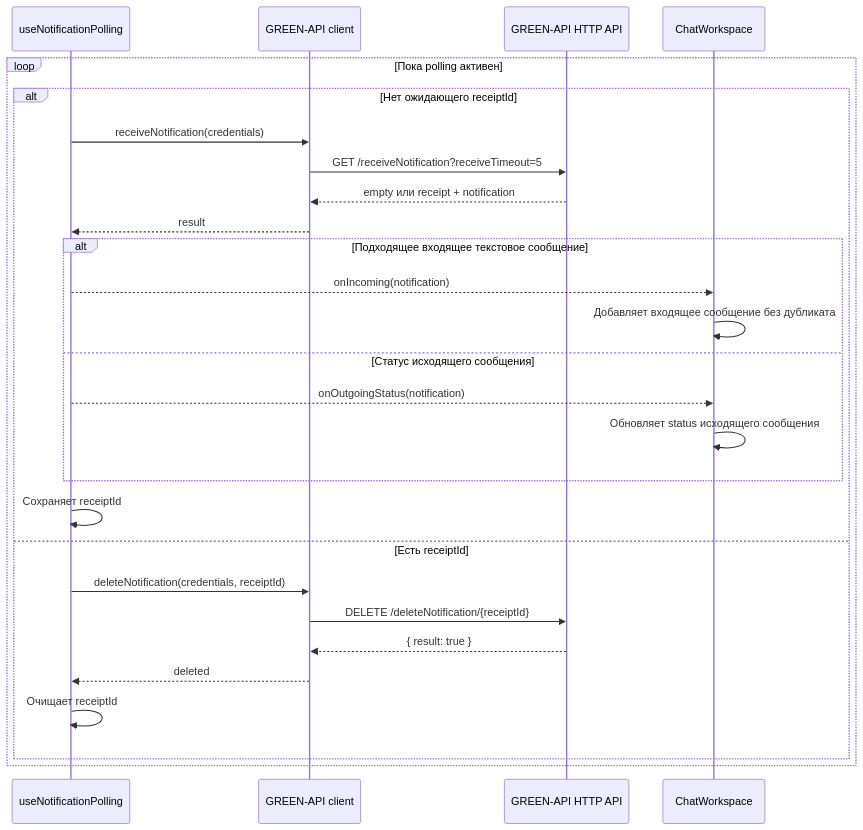
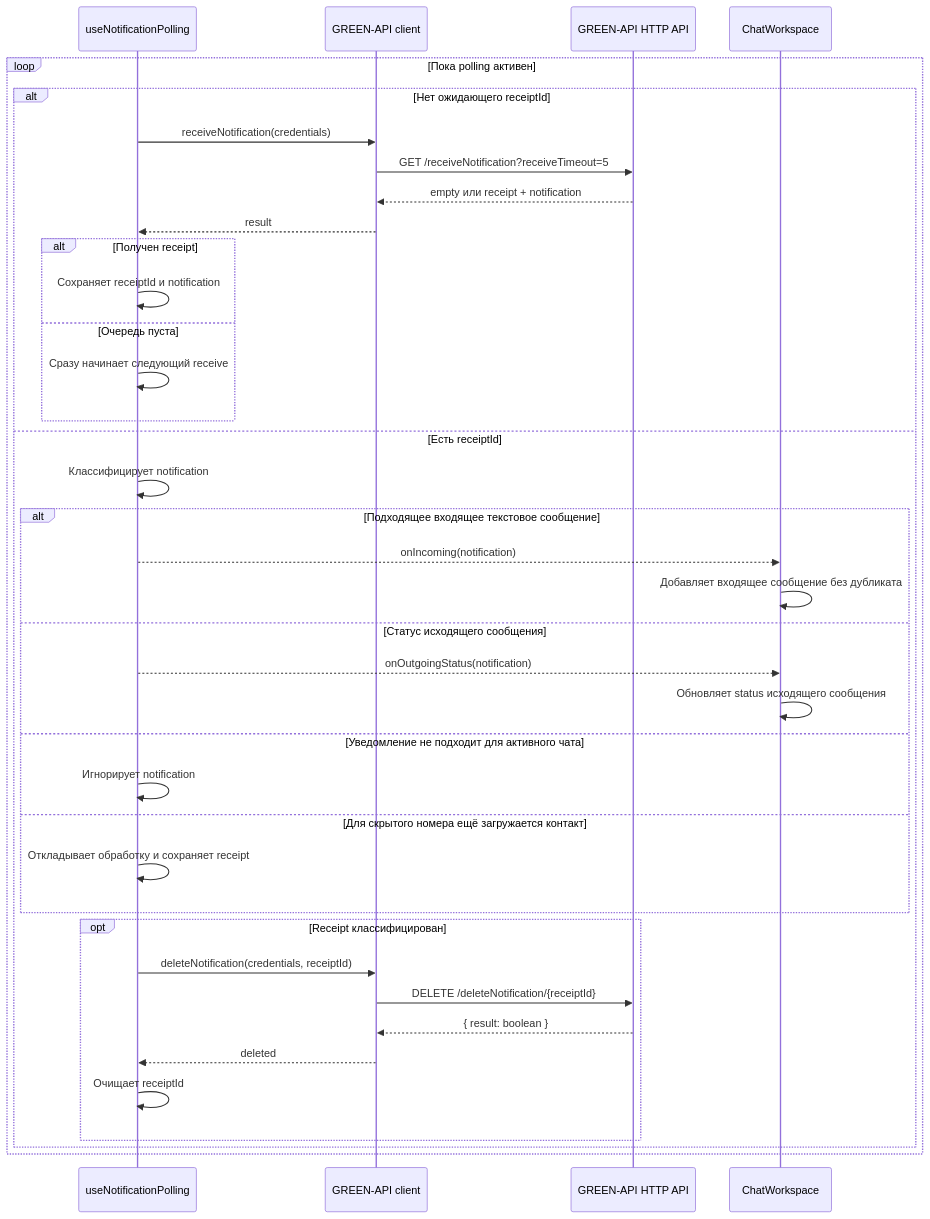
One commit to vgratsilev/green-api-test changed the sixth of 6 diagrams in docs/diagrams/README.md. Above: the diagram before and after it, drawn with Mermaid. The commit also changed other lines of this file and 10 other files, not shown here.

Commit message:
docs: refresh chat demo and architecture guide

````diff
--- a/docs/diagrams/README.md
+++ b/docs/diagrams/README.md
@@ -179,30 +185,41 @@
 ```mermaid
 sequenceDiagram
   participant Hook as useNotificationPolling
   participant Client as GREEN-API client
   participant API as GREEN-API HTTP API
   participant UI as ChatWorkspace
 
   loop Пока polling активен
     alt Нет ожидающего receiptId
       Hook->>Client: receiveNotification(credentials)
       Client->>API: GET /receiveNotification?receiveTimeout=5
       API-->>Client: empty или receipt + notification
       Client-->>Hook: result
+      alt Получен receipt
+        Hook->>Hook: Сохраняет receiptId и notification
+      else Очередь пуста
+        Hook->>Hook: Сразу начинает следующий receive
+      end
+    else Есть receiptId
+      Hook->>Hook: Классифицирует notification
       alt Подходящее входящее текстовое сообщение
         Hook-->>UI: onIncoming(notification)
         UI->>UI: Добавляет входящее сообщение без дубликата
       else Статус исходящего сообщения
         Hook-->>UI: onOutgoingStatus(notification)
         UI->>UI: Обновляет status исходящего сообщения
+      else Уведомление не подходит для активного чата
+        Hook->>Hook: Игнорирует notification
+      else Для скрытого номера ещё загружается контакт
+        Hook->>Hook: Откладывает обработку и сохраняет receipt
       end
-      Hook->>Hook: Сохраняет receiptId
-    else Есть receiptId
-      Hook->>Client: deleteNotification(credentials, receiptId)
-      Client->>API: DELETE /deleteNotification/{receiptId}
-      API-->>Client: { result: true }
-      Client-->>Hook: deleted
-      Hook->>Hook: Очищает receiptId
+      opt Receipt классифицирован
+        Hook->>Client: deleteNotification(credentials, receiptId)
+        Client->>API: DELETE /deleteNotification/{receiptId}
+        API-->>Client: { result: boolean }
+        Client-->>Hook: deleted
+        Hook->>Hook: Очищает receiptId
+      end
     end
   end
 ```
````
